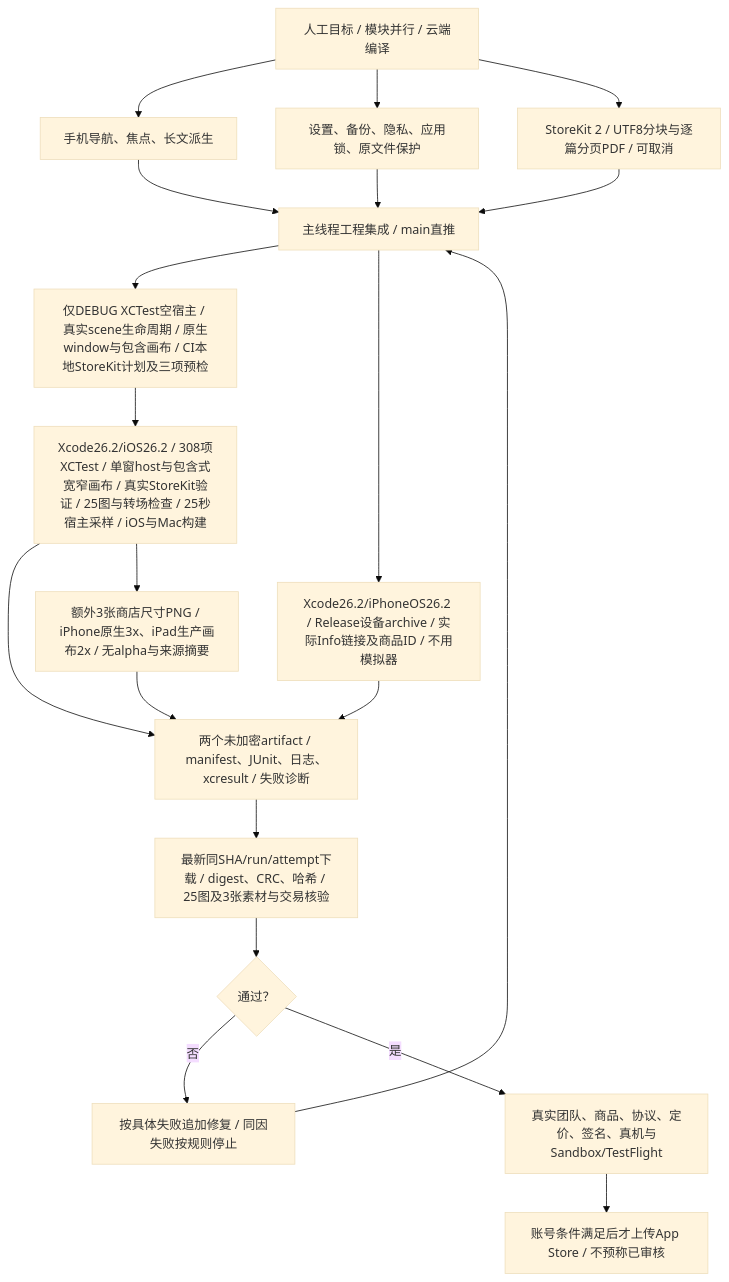
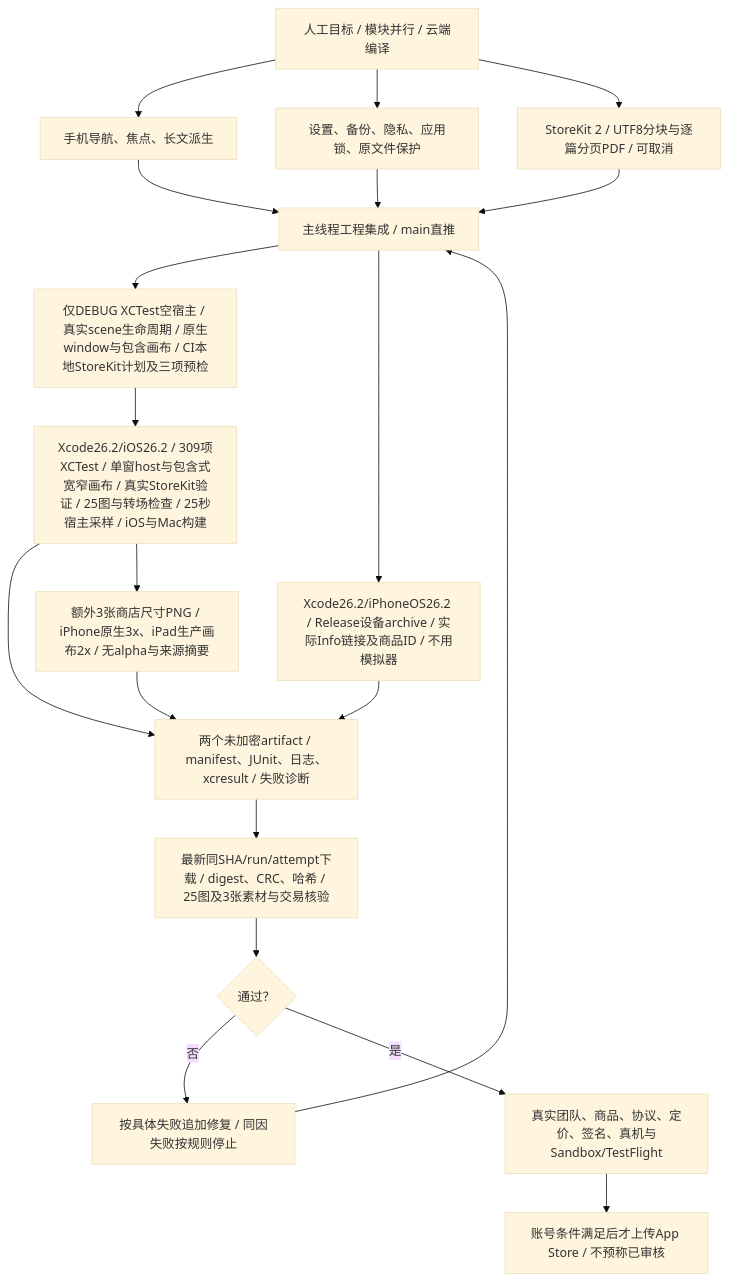
Before and after one commit to Altman-sam114/117: the fourth of 4 diagrams in md/flow/flowchart.md, drawn with Mermaid (base theme). The commit also changed other lines of this file and 8 other files, not shown here.

````diff
--- a/md/flow/flowchart.md
+++ b/md/flow/flowchart.md
@@ -71,22 +71,22 @@
 ```mermaid
 flowchart TD
   User["人工目标 / 模块并行 / 云端编译"] --> Mobile["手机导航、焦点、长文派生"]
   User --> Safety["设置、备份、隐私、应用锁、原文件保护"]
   User --> Pro["StoreKit 2 / UTF8分块与逐篇分页PDF / 可取消"]
   Mobile --> Integrate["主线程工程集成 / main直推"]
   Safety --> Integrate
   Pro --> Integrate
   Integrate --> TestHost["仅DEBUG XCTest空宿主 / 真实scene生命周期 / 原生window与包含画布 / CI本地StoreKit计划及三项预检"]
-  TestHost --> Regression["Xcode26.2/iOS26.2 / 308项XCTest / 单窗host与包含式宽窄画布 / 真实StoreKit验证 / 25图与转场检查 / 25秒宿主采样 / iOS与Mac构建"]
+  TestHost --> Regression["Xcode26.2/iOS26.2 / 309项XCTest / 单窗host与包含式宽窄画布 / 真实StoreKit验证 / 25图与转场检查 / 25秒宿主采样 / iOS与Mac构建"]
   Integrate --> Archive["Xcode26.2/iPhoneOS26.2 / Release设备archive / 实际Info链接及商品ID / 不用模拟器"]
   Regression --> Results["两个未加密artifact / manifest、JUnit、日志、xcresult / 失败诊断"]
   Archive --> Results
   Regression --> StoreImages["额外3张商店尺寸PNG / iPhone原生3x、iPad生产画布2x / 无alpha与来源摘要"]
   StoreImages --> Results
   Results --> Review["最新同SHA/run/attempt下载 / digest、CRC、哈希 / 25图及3张素材与交易核验"]
   Review --> Gate{"通过？"}
   Gate -- "否" --> Fix["按具体失败追加修复 / 同因失败按规则停止"]
   Fix --> Integrate
   Gate -- "是" --> Account["真实团队、商品、协议、定价、签名、真机与Sandbox/TestFlight"]
   Account --> Upload["账号条件满足后才上传App Store / 不预称已审核"]
 ```
````
